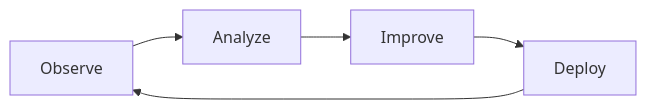
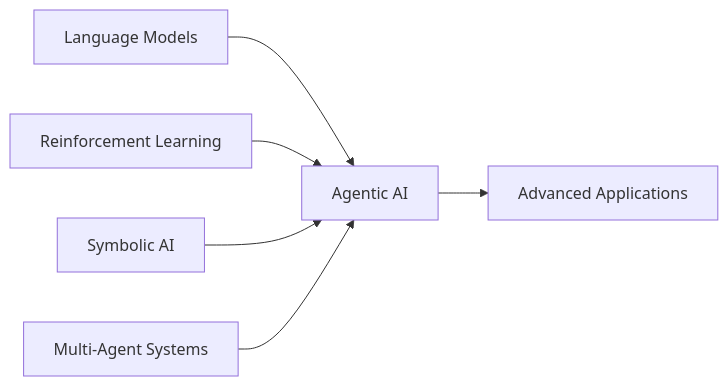
The fourth of 4 diagrams in docusaurus/docs/part-3/chapter-12.md (m-rizqinovniari/agentic-handbook), drawn with Mermaid before and after one commit. The commit also changed other lines of this file and 19 other files, not shown here.

````diff
--- a/docusaurus/docs/part-3/chapter-12.md
+++ b/docusaurus/docs/part-3/chapter-12.md
@@ -341,7 +173,8 @@
 ```mermaid
-flowchart LR
-    A[Observe] --> B[Analyze]
-    B --> C[Improve]
-    C --> D[Deploy]
-    D --> A
+graph LR
+LM[Language Models] --> AG[Agentic AI]
+RL[Reinforcement Learning] --> AG
+SYM[Symbolic AI] --> AG
+MAS[Multi-Agent Systems] --> AG
+AG --> APP[Advanced Applications]
 ```
````
